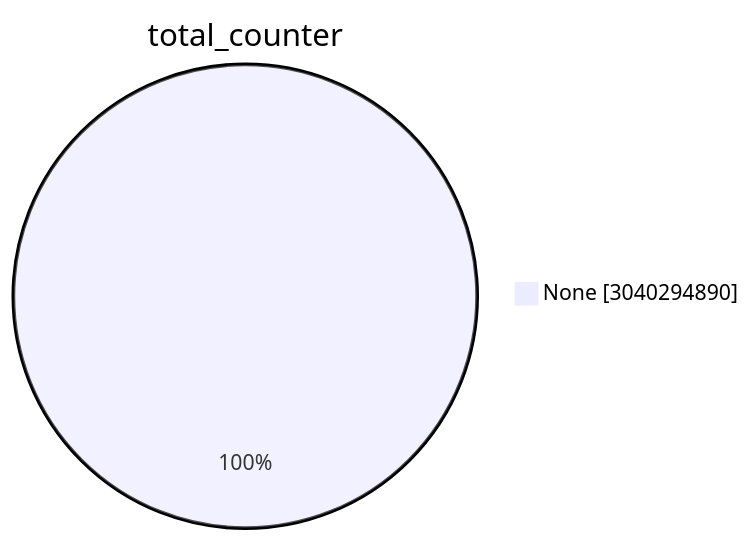
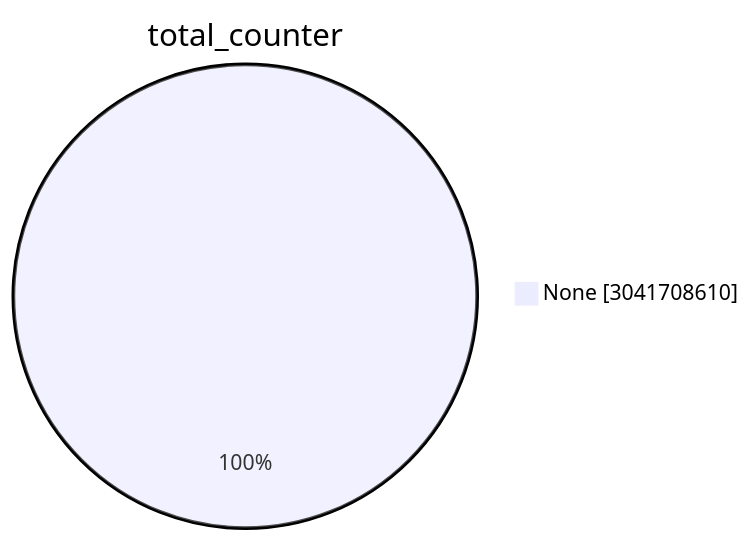
Before and after one commit to christiankrug/ctmonitor_visualization: the first of 15 diagrams in TOTAL/README.md, drawn with Mermaid. The commit also changed other lines of this file, not shown here.

````diff
--- a/TOTAL/README.md
+++ b/TOTAL/README.md
@@ -1,5 +1,5 @@
 ```mermaid
 pie showData
 title total_counter
-"None" :3040294890
+"None" :3041708610
 ```
````
